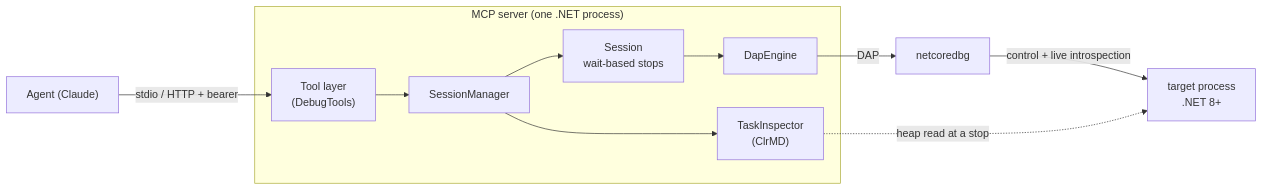
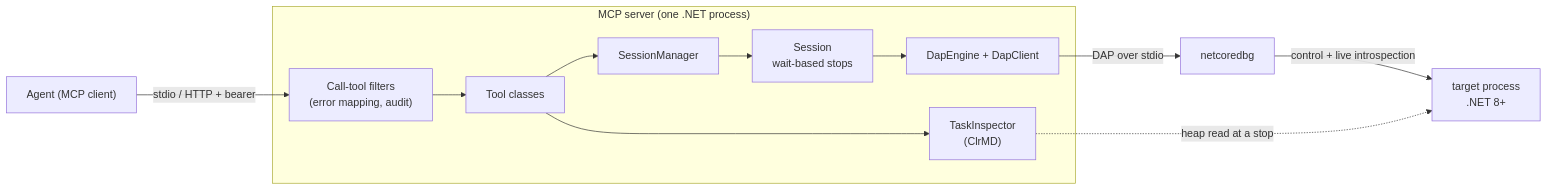
One commit to matejo-dev/ClrVoyant changed the diagram in docs/architecture.md. Above: the diagram before and after it, drawn with Mermaid. The commit also changed other lines of this file and 27 other files, not shown here.

````diff
--- a/docs/architecture.md
+++ b/docs/architecture.md
@@ -13,19 +14,21 @@
 ```mermaid
 flowchart LR
-    agent["Agent (Claude)"]
+    agent["Agent (MCP client)"]
     subgraph server["MCP server (one .NET process)"]
-        tools["Tool layer<br/>(DebugTools)"]
+        filters["Call-tool filters<br/>(error mapping, audit)"]
+        tools["Tool classes"]
         sm["SessionManager"]
         session["Session<br/>wait-based stops"]
-        dap["DapEngine"]
+        dap["DapEngine + DapClient"]
         insp["TaskInspector<br/>(ClrMD)"]
+        filters --> tools
         tools --> sm
         sm --> session
         session --> dap
-        sm --> insp
+        tools --> insp
     end
-    agent -->|"stdio / HTTP + bearer"| tools
-    dap -->|"DAP"| ncdbg["netcoredbg"]
+    agent -->|"stdio / HTTP + bearer"| filters
+    dap -->|"DAP over stdio"| ncdbg["netcoredbg"]
     ncdbg -->|"control + live introspection"| target["target process<br/>.NET 8+"]
     insp -.->|"heap read at a stop"| target
 ```
````
